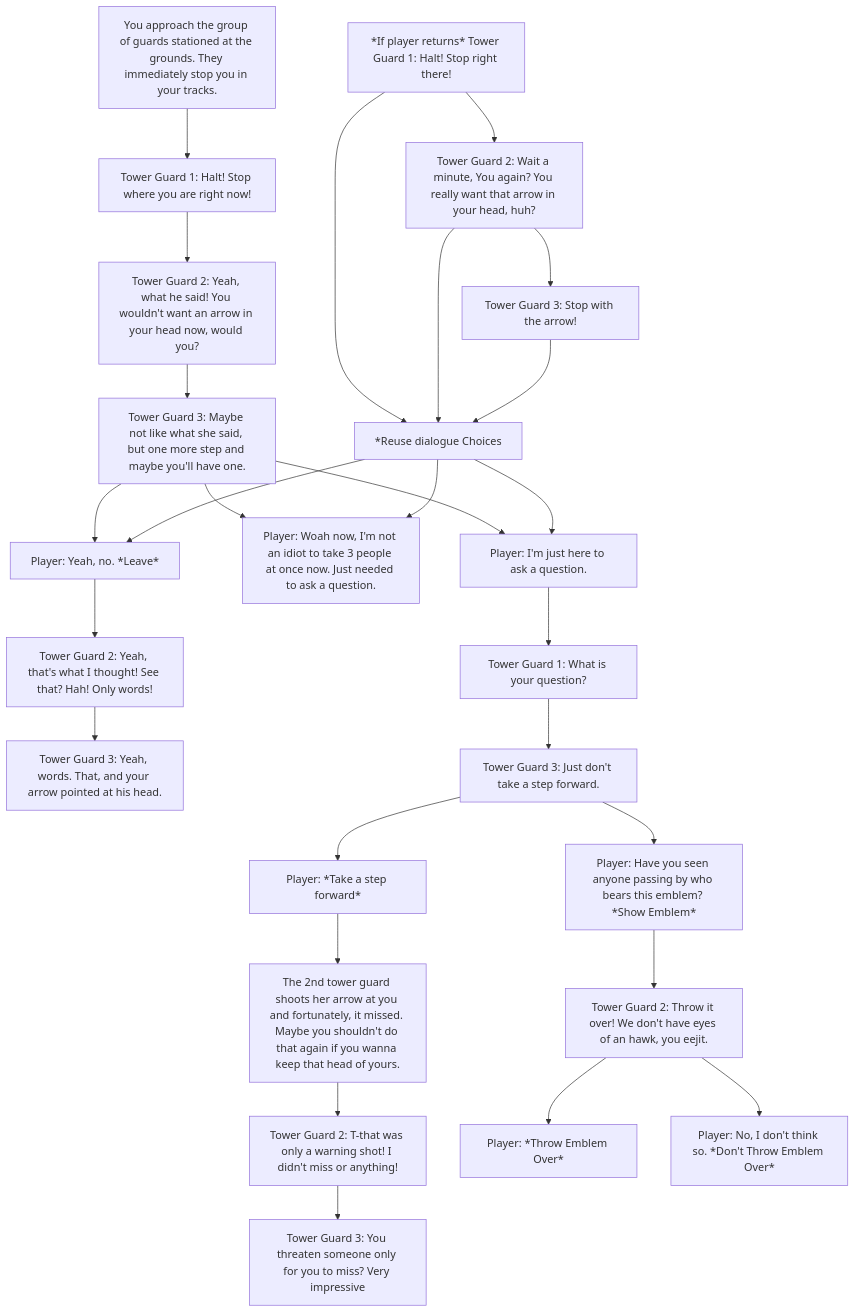
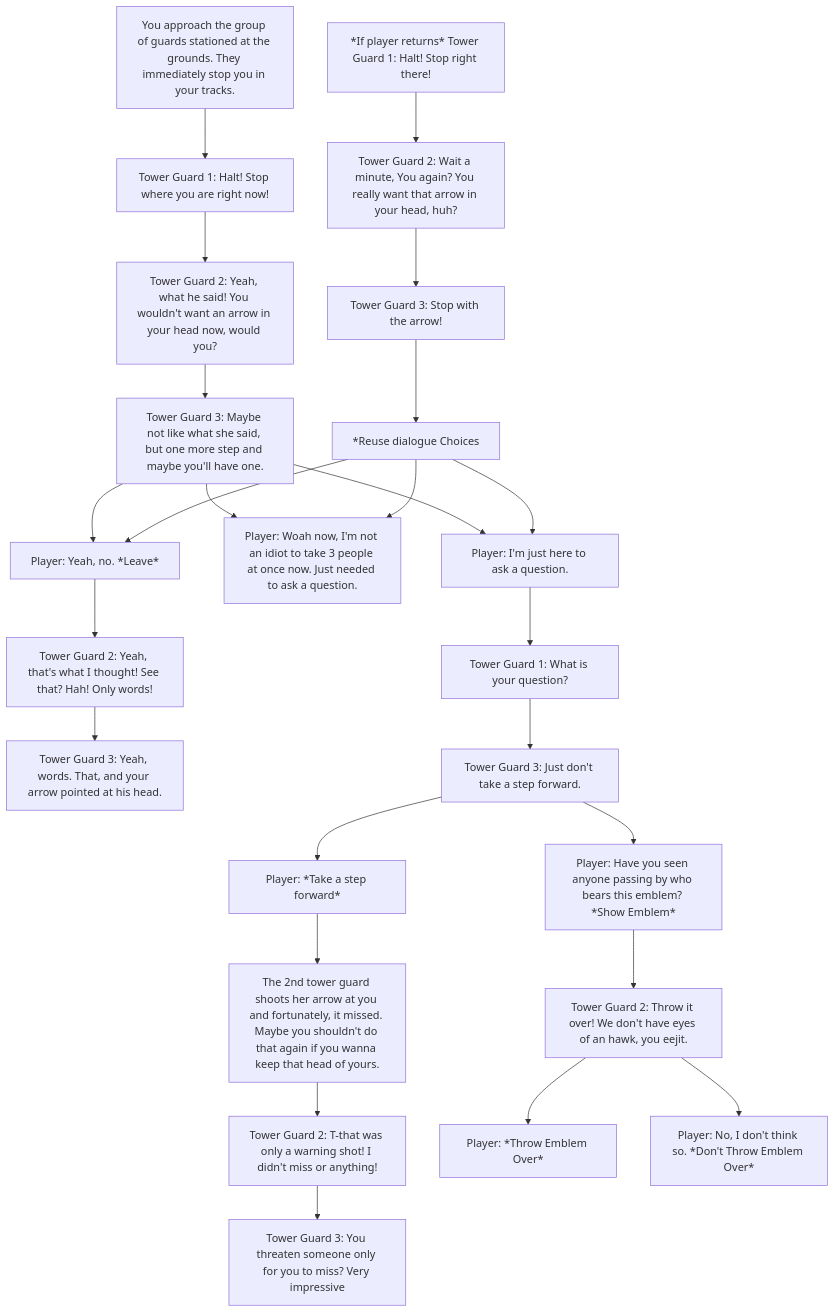
Before and after one commit to padillaryl/cc3-rpg-DialogueTree: the diagram in Q3-TowerGuards.md, drawn with Mermaid.

````diff
--- a/Q3-TowerGuards.md
+++ b/Q3-TowerGuards.md
@@ -1,36 +1,36 @@
 ```mermaid
 flowchart TD
 
   A[You approach the group of guards stationed at the grounds. They immediately stop you in your tracks.]
   A --> B[Tower Guard 1: Halt! Stop where you are right now!]
   B --> C[Tower Guard 2: Yeah, what he said! You wouldn't want an arrow in your head now, would you?]
   C --> D[Tower Guard 3: Maybe not like what she said, but one more step and maybe you'll have one.]
 
   D --> E[Player: I'm just here to ask a question.]
   D --> F[Player: Woah now, I'm not an idiot to take 3 people at once now. Just needed to ask a question.]
   D --> G[Player: Yeah, no. *Leave*]
 
   G --> H[Tower Guard 2: Yeah, that's what I thought! See that? Hah! Only words!]
   H --> I[Tower Guard 3: Yeah, words. That, and your arrow pointed at his head.]
 
   J[*If player returns* Tower Guard 1: Halt! Stop right there!]
   J --> K[Tower Guard 2: Wait a minute, You again? You really want that arrow in your head, huh?]
   K --> L[Tower Guard 3: Stop with the arrow!]
 
-  J & K & L --> M[*Reuse dialogue Choices]
+  L --> M[*Reuse dialogue Choices]
   M --> E & F & G
 
   E --> N[Tower Guard 1: What is your question?]
   N --> O[Tower Guard 3: Just don't take a step forward.]
 
   O --> P[Player: Have you seen anyone passing by who bears this emblem? *Show Emblem*]
   O --> Q[Player: *Take a step forward*]
 
   Q --> R[The 2nd tower guard shoots her arrow at you and fortunately, it missed. Maybe you shouldn't do that again if you wanna keep that head of yours.]
   R --> S[Tower Guard 2: T-that was only a warning shot! I didn't miss or anything!]
   S --> T[Tower Guard 3: You threaten someone only for you to miss? Very impressive]
 
   P --> U[Tower Guard 2: Throw it over! We don't have eyes of an hawk, you eejit.]
   U --> V[Player: *Throw Emblem Over*]
   U --> W[Player: No, I don't think so. *Don't Throw Emblem Over*]
 ```
````
